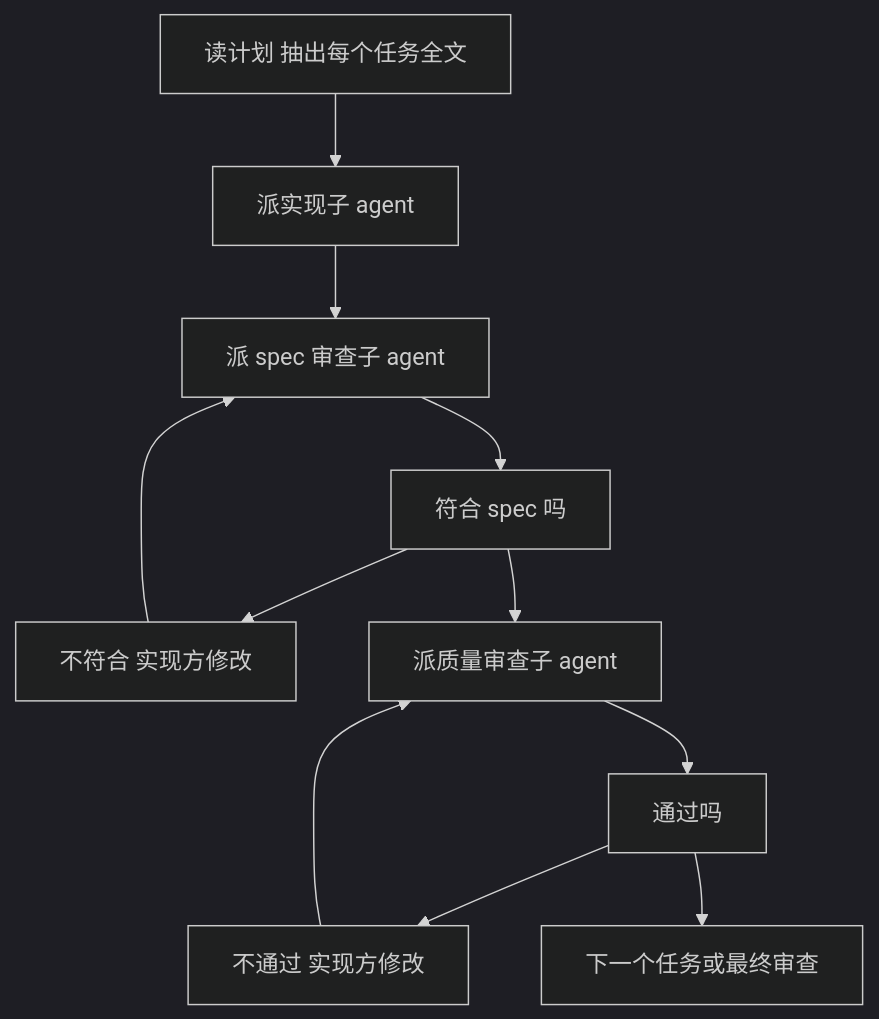
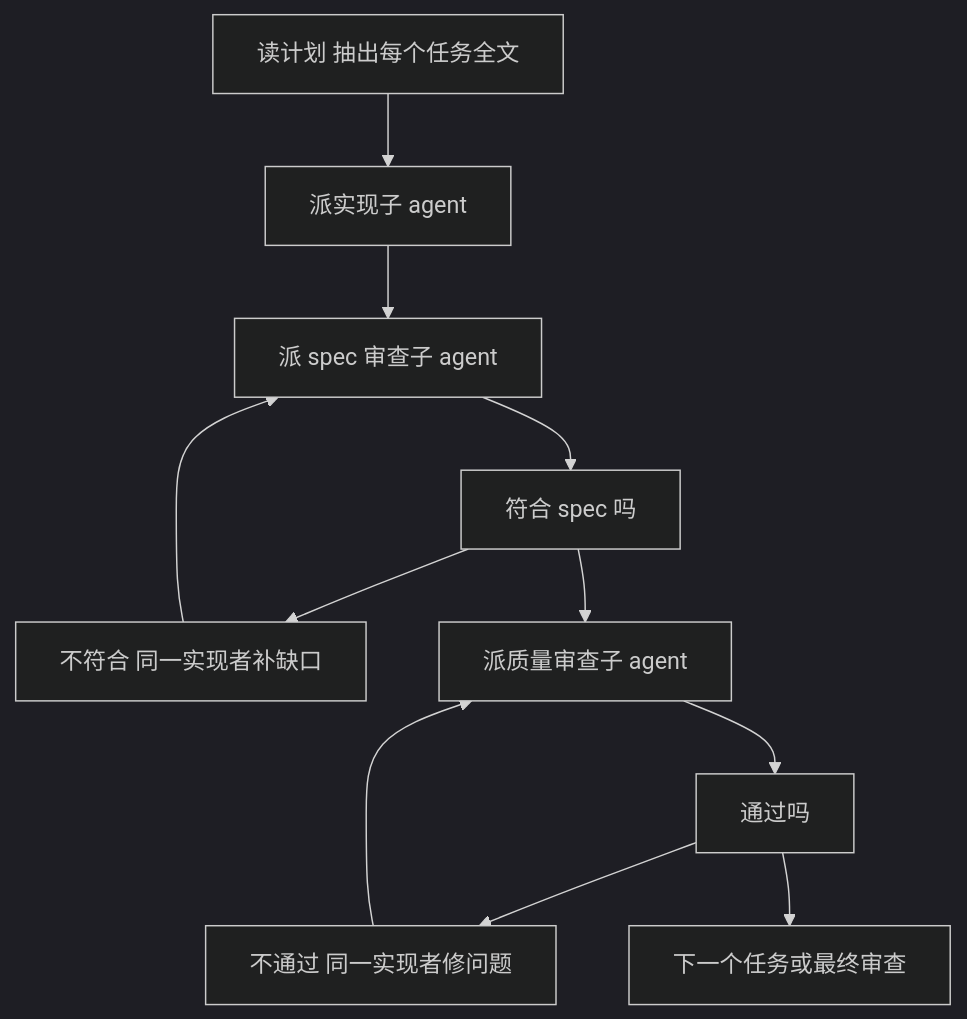
One commit to diguike/book-source-reading changed the fourth of 5 diagrams in book/02-superpowers.md. Above: the diagram before and after it, drawn with Mermaid (dark theme). The commit also changed other lines of this file and 27 other files, not shown here.

````diff
--- a/book/02-superpowers.md
+++ b/book/02-superpowers.md
@@ -316,13 +339,13 @@
 ```mermaid
 graph TB
     A[读计划 抽出每个任务全文] --> B[派实现子 agent]
     B --> D[派 spec 审查子 agent]
     D --> E[符合 spec 吗]
-    E --> F[不符合 实现方修改]
+    E --> F[不符合 同一实现者补缺口]
     F --> D
     E --> G[派质量审查子 agent]
     G --> H[通过吗]
-    H --> I[不通过 实现方修改]
+    H --> I[不通过 同一实现者修问题]
     I --> G
     H --> J[下一个任务或最终审查]
 ```
````
